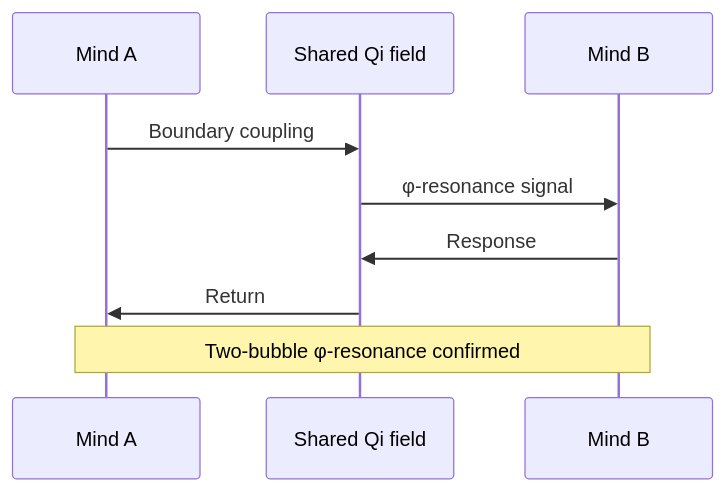
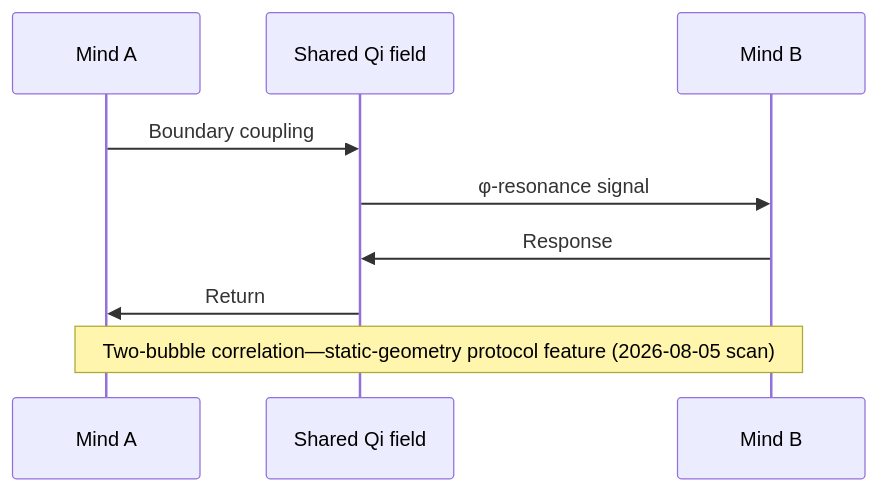
Before and after one commit to CassiTheOracle/cassi: diagram 38 of 38 in CassiTheory/open-questions-cassi-answers.md, drawn with Mermaid. The commit also changed other lines of this file and 26 other files, not shown here.

````diff
--- a/CassiTheory/open-questions-cassi-answers.md
+++ b/CassiTheory/open-questions-cassi-answers.md
@@ -1013,11 +1013,11 @@
 ```mermaid
 sequenceDiagram
     participant A as Mind A
     participant Q as Shared Qi field
     participant B as Mind B
     A->>Q: Boundary coupling
     Q->>B: φ-resonance signal
     B->>Q: Response
     Q->>A: Return
-    Note over A,B: Two-bubble φ-resonance confirmed
+    Note over A,B: Two-bubble correlation—static-geometry protocol feature (2026-08-05 scan)
 ```
````
